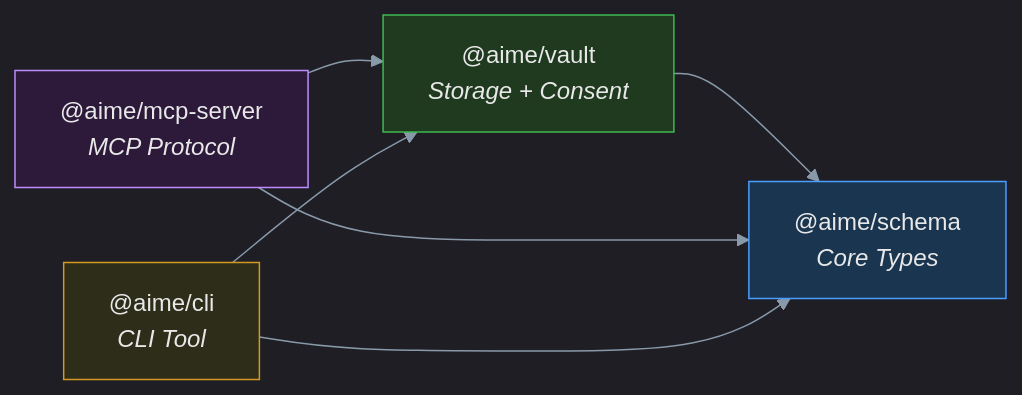
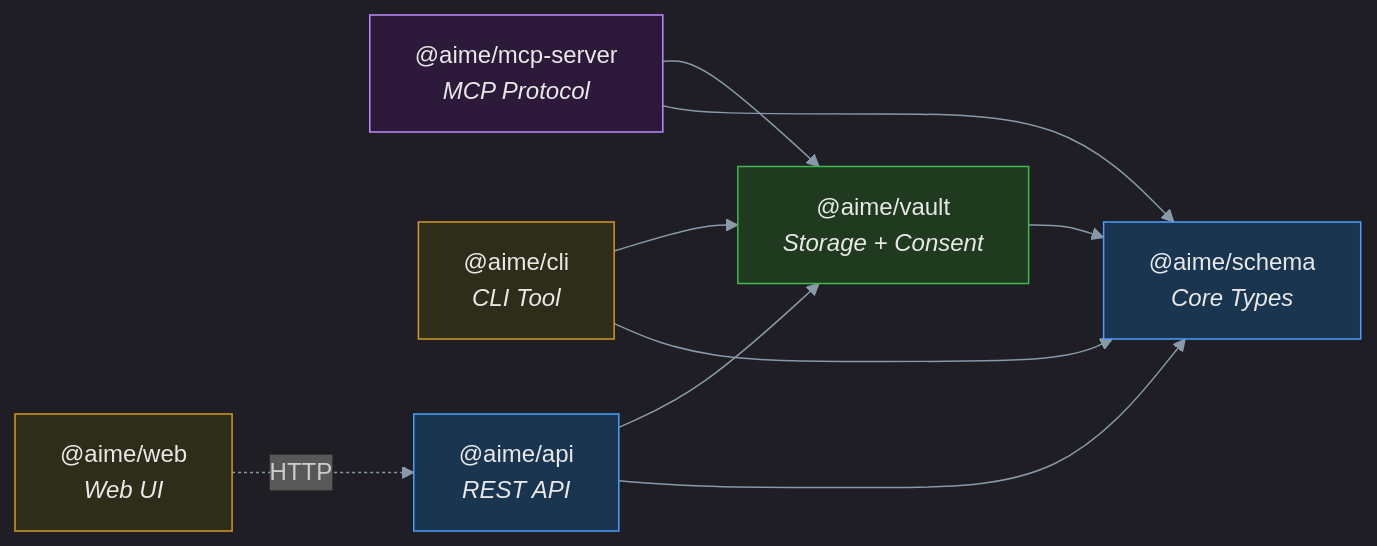
One commit to escamez/aifacet changed the third of 6 diagrams in docs/design/ARCHITECTURE.md. Above: the diagram before and after it, drawn with Mermaid. The commit also changed other lines of this file and 1 other file, not shown here.

First line of the commit message:
Update architecture diagrams and add plugin development guide

````diff
--- a/docs/design/ARCHITECTURE.md
+++ b/docs/design/ARCHITECTURE.md
@@ -105,20 +104,27 @@
 ```mermaid
 %%{init: {'theme': 'dark', 'themeVariables': {'primaryColor': '#4a9eff', 'primaryTextColor': '#e8e8e8', 'primaryBorderColor': '#6bb3ff', 'lineColor': '#8899aa', 'secondaryColor': '#2d5a8a', 'tertiaryColor': '#1a3550'}}}%%
 
 graph LR
     SCHEMA["@aime/schema<br/><i>Core Types</i>"]
     VAULT["@aime/vault<br/><i>Storage + Consent</i>"]
     MCP["@aime/mcp-server<br/><i>MCP Protocol</i>"]
     CLI["@aime/cli<br/><i>CLI Tool</i>"]
+    API["@aime/api<br/><i>REST API</i>"]
+    WEB["@aime/web<br/><i>Web UI</i>"]
 
     VAULT --> SCHEMA
     MCP --> VAULT
     MCP --> SCHEMA
     CLI --> VAULT
     CLI --> SCHEMA
+    API --> VAULT
+    API --> SCHEMA
+    WEB -.->|HTTP| API
 
     style SCHEMA fill:#1a3550,stroke:#4a9eff,color:#e8e8e8
     style VAULT fill:#1f3a1f,stroke:#3fb950,color:#e8e8e8
     style MCP fill:#2d1a3a,stroke:#bc8cff,color:#e8e8e8
     style CLI fill:#2d2d1a,stroke:#d29922,color:#e8e8e8
+    style API fill:#1a3550,stroke:#4a9eff,color:#e8e8e8
+    style WEB fill:#2d2d1a,stroke:#d29922,color:#e8e8e8
 ```
````
